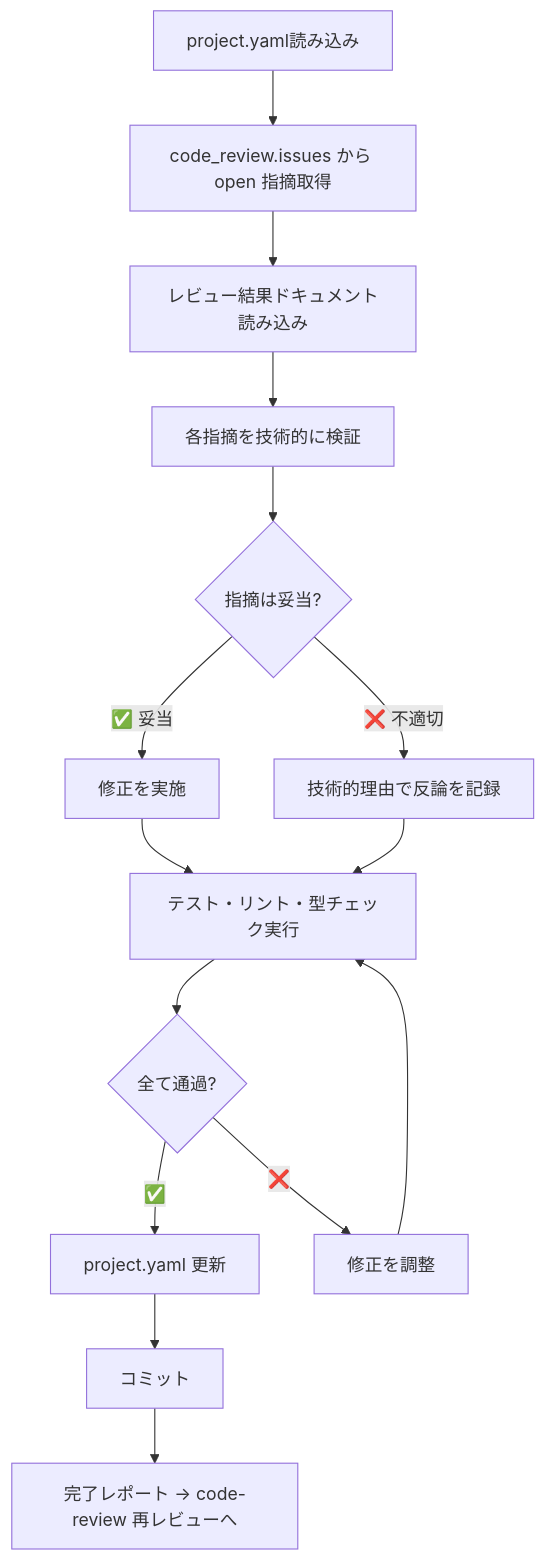
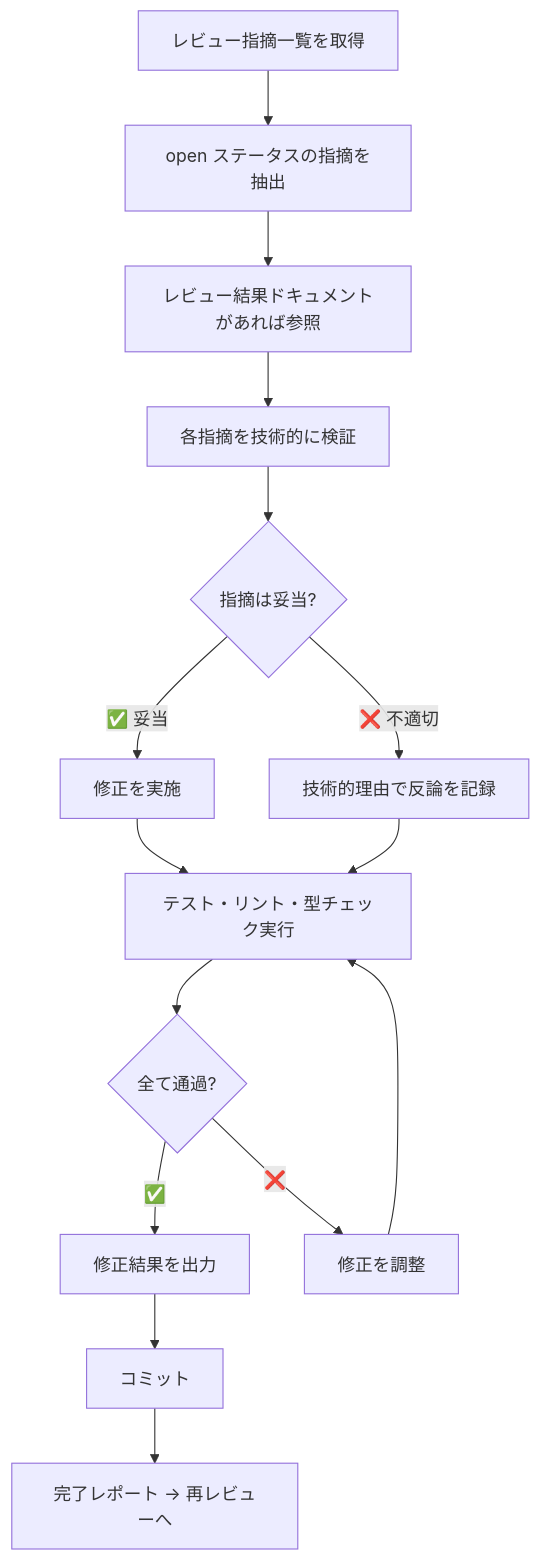
One commit to NagasakaH/dev-process changed the diagram in .claude/skills/code-review-fix/SKILL.md. Above: the diagram before and after it, drawn with Mermaid. The commit also changed other lines of this file and 30 other files, not shown here.

````diff
--- a/.claude/skills/code-review-fix/SKILL.md
+++ b/.claude/skills/code-review-fix/SKILL.md
@@ -71,17 +62,17 @@
 ```mermaid
 flowchart TD
-    A[project.yaml読み込み] --> B[code_review.issues から open 指摘取得]
-    B --> C[レビュー結果ドキュメント読み込み]
+    A[レビュー指摘一覧を取得] --> B[open ステータスの指摘を抽出]
+    B --> C[レビュー結果ドキュメントがあれば参照]
     C --> D[各指摘を技術的に検証]
     D --> E{指摘は妥当?}
     E -->|✅ 妥当| F[修正を実施]
     E -->|❌ 不適切| G[技術的理由で反論を記録]
     F --> H[テスト・リント・型チェック実行]
     G --> H
     H --> I{全て通過?}
-    I -->|✅| J[project.yaml 更新]
+    I -->|✅| J[修正結果を出力]
     I -->|❌| K[修正を調整]
     K --> H
     J --> L[コミット]
-    L --> M[完了レポート → code-review 再レビューへ]
+    L --> M[完了レポート → 再レビューへ]
 ```
````
